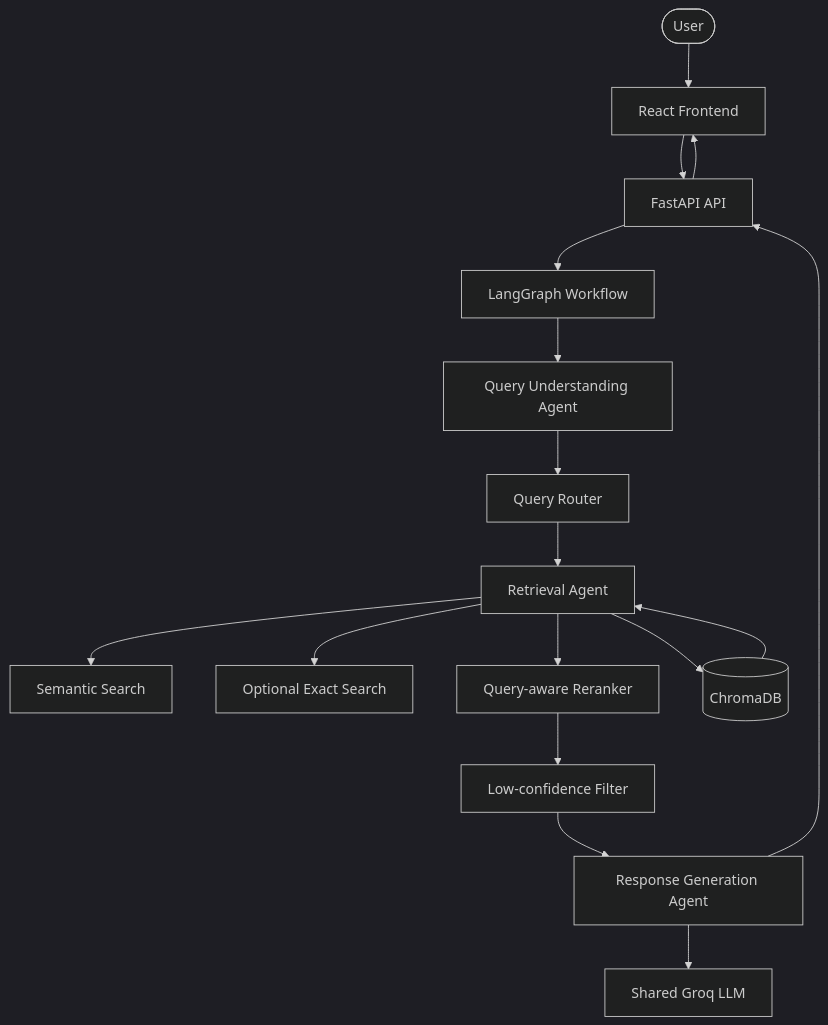
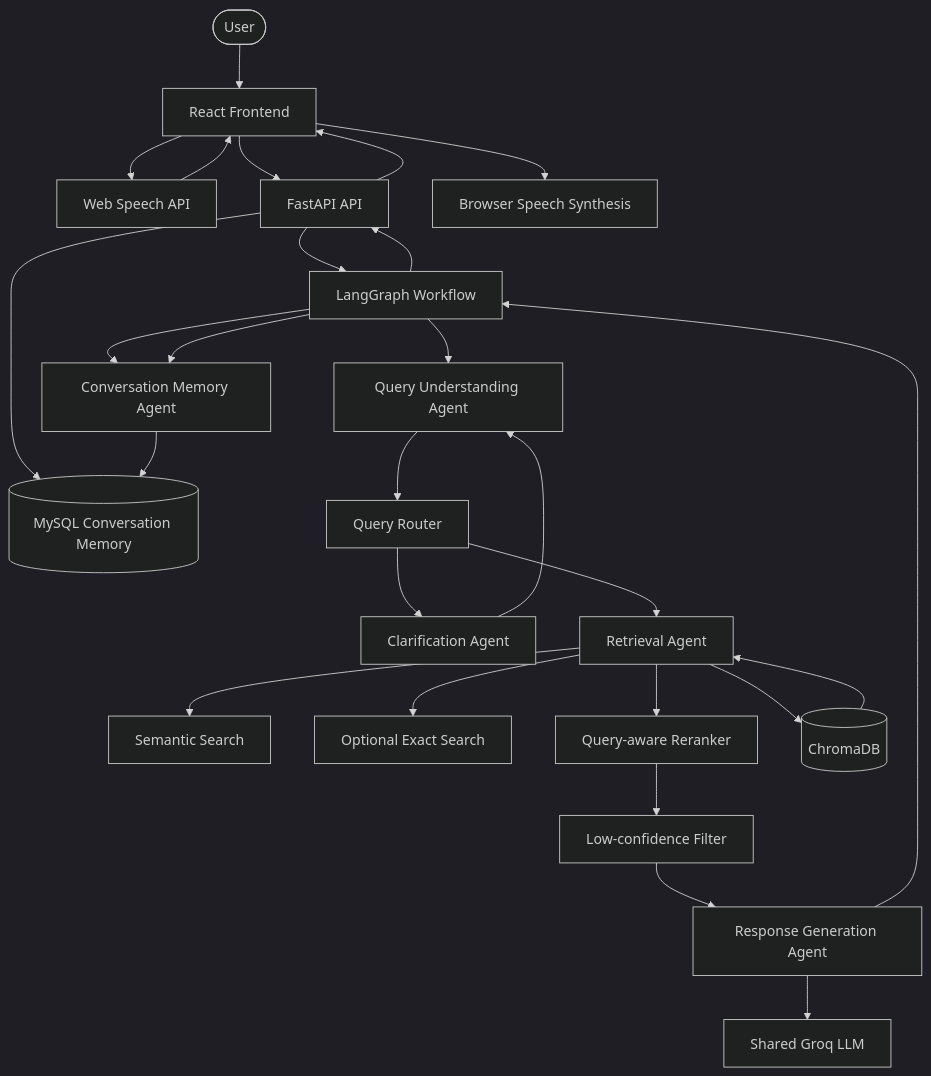
Before and after one commit to poojithamalaparaju-ctrl/Development-of-AI-Based-Knowledge-Retrieval-Platform-with-Query-Resolution-System: the first of 8 diagrams in PROJECT_GUIDE.md, drawn with Mermaid (dark theme). The commit also changed other lines of this file, not shown here.

````diff
--- a/PROJECT_GUIDE.md
+++ b/PROJECT_GUIDE.md
@@ -222,19 +334,29 @@
 ```mermaid
 graph TD
     U([User]) --> FE[React Frontend]
+    FE --> STT[Web Speech API]
+    STT --> FE
     FE --> API[FastAPI API]
+    API --> DB[(MySQL Conversation Memory)]
     API --> WF[LangGraph Workflow]
-    WF --> QU[Query Understanding Agent]
-    QU --> RT[Query Router]
+    WF --> MEM[Conversation Memory Agent]
+    MEM --> DB
+    WF --> QUA[Query Understanding Agent]
+    QUA --> RT[Query Router]
+    RT --> CL[Clarification Agent]
+    CL --> QUA
     RT --> RA[Retrieval Agent]
     RA --> SS[Semantic Search]
     RA --> ES[Optional Exact Search]
     RA --> RR[Query-aware Reranker]
     RR --> LF[Low-confidence Filter]
     LF --> RG[Response Generation Agent]
     RG --> LLM[Shared Groq LLM]
     RA --> VDB[(ChromaDB)]
     VDB --> RA
-    RG --> API
+    RG --> WF
+    WF --> MEM
+    WF --> API
     API --> FE
+    FE --> TTS[Browser Speech Synthesis]
 ```
````
